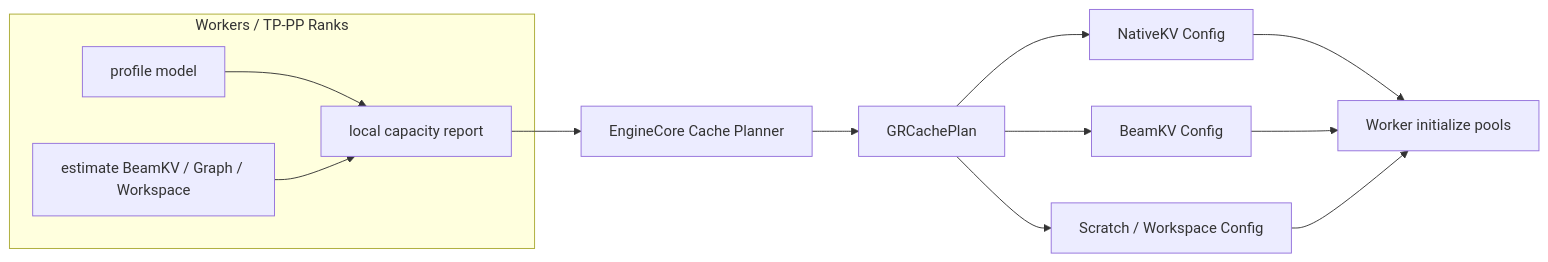
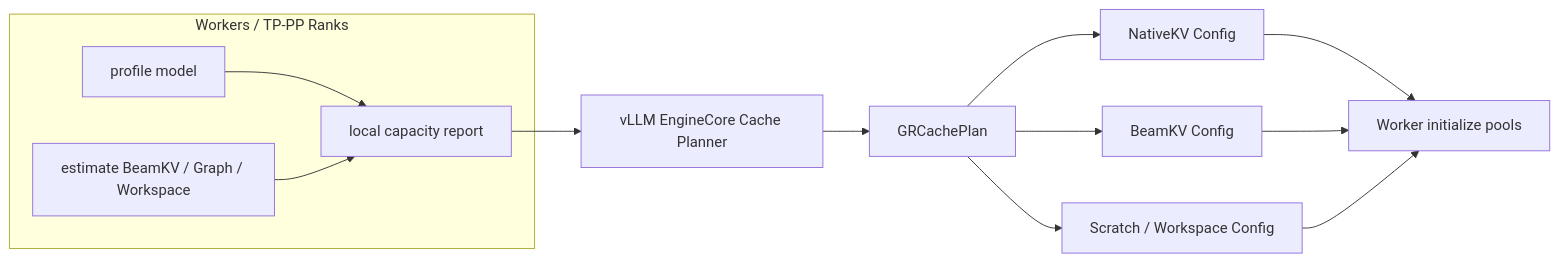
The fourth of 13 diagrams in GR/beam_incremental_decode_unified_architecture_design.md (zhanghanleo10/gr-related), drawn with Mermaid before and after one commit. The commit also changed other lines of this file, not shown here.

Commit message:
docs: make Beam incremental decode architecture vLLM-first

````diff
--- a/GR/beam_incremental_decode_unified_architecture_design.md
+++ b/GR/beam_incremental_decode_unified_architecture_design.md
@@ -579,20 +377,20 @@
 ```mermaid
 flowchart LR
     subgraph WORKERS["Workers / TP-PP Ranks"]
         P["profile model"]
         E["estimate BeamKV / Graph / Workspace"]
         R["local capacity report"]
         P --> R
         E --> R
     end
 
-    R --> EC["EngineCore Cache Planner"]
+    R --> EC["vLLM EngineCore Cache Planner"]
     EC --> CP["GRCachePlan"]
     CP --> NCFG["NativeKV Config"]
     CP --> BCFG["BeamKV Config"]
     CP --> WCFG["Scratch / Workspace Config"]
 
     NCFG --> WINIT["Worker initialize pools"]
     BCFG --> WINIT
     WCFG --> WINIT
 ```
````
